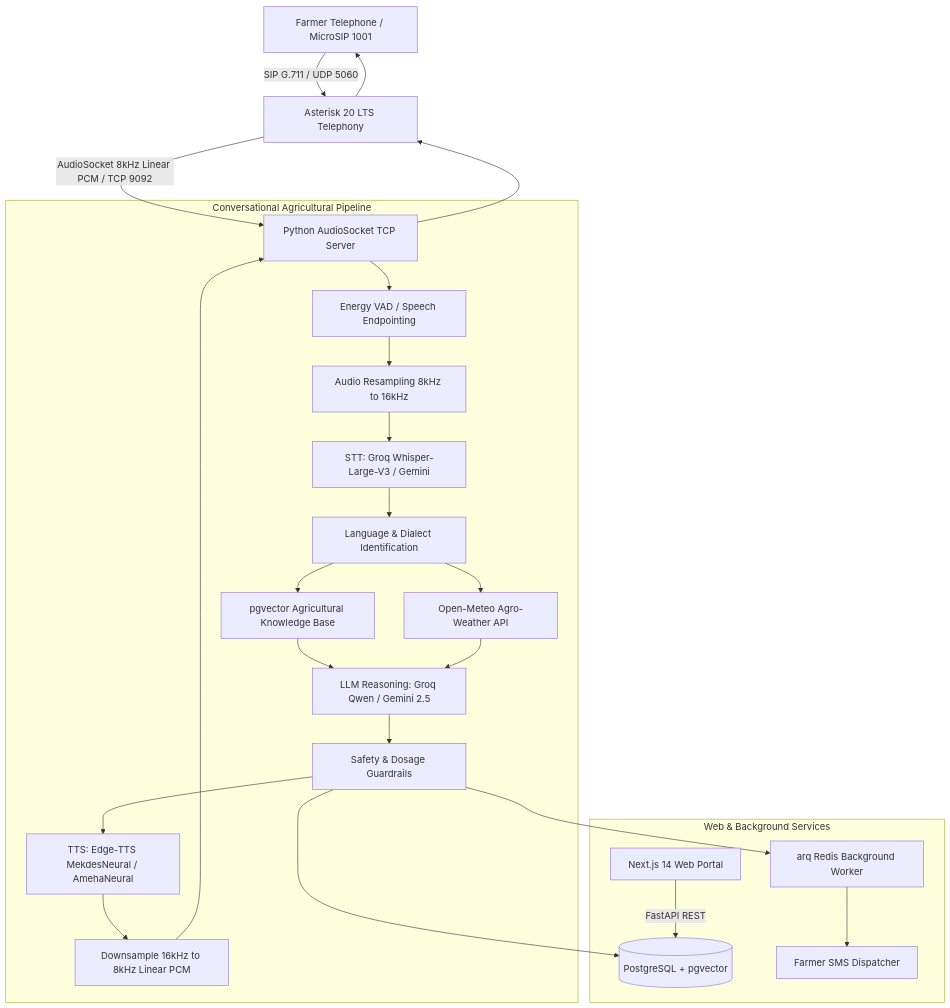
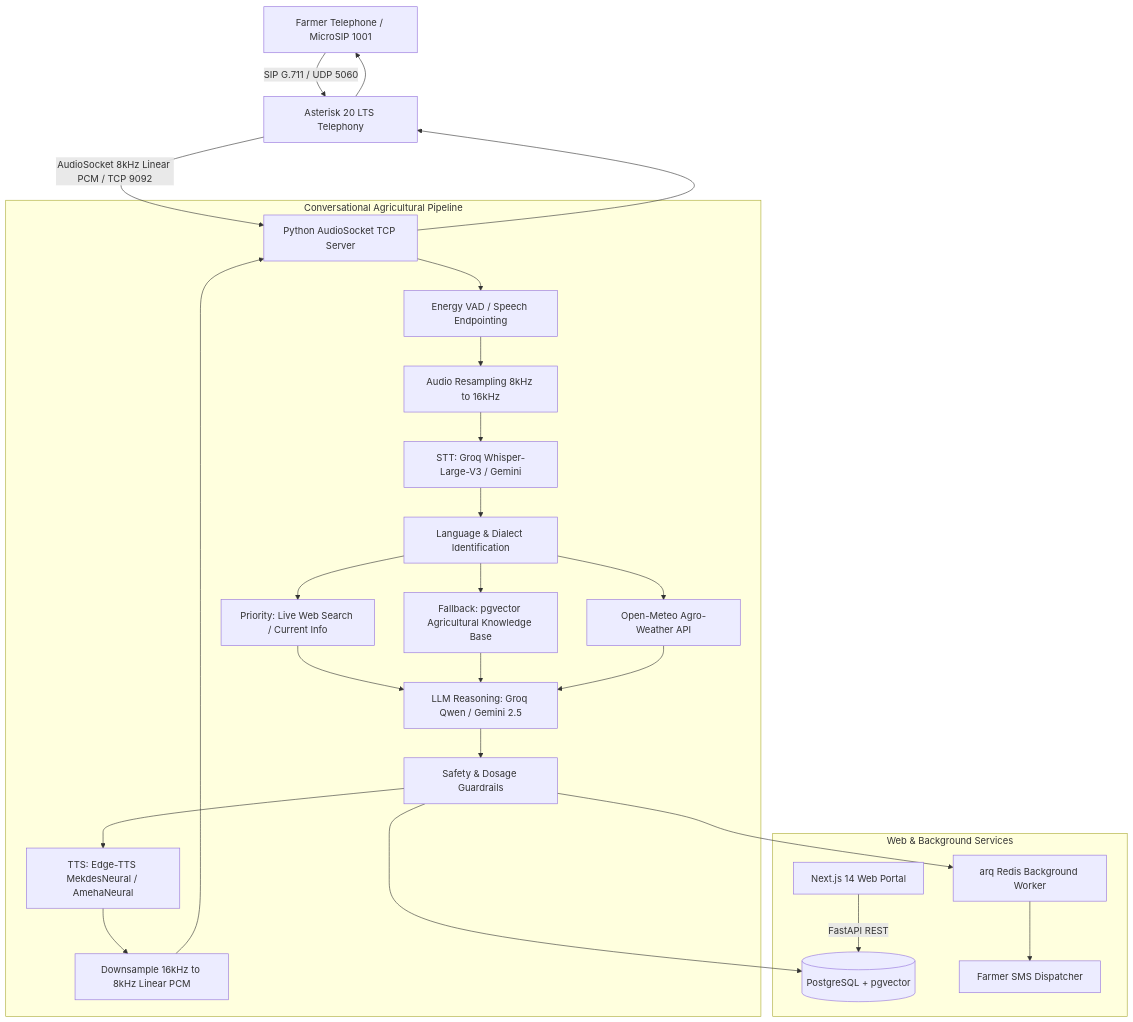
Before and after one commit to jho-G/Hello-Farmer: the diagram in README.md, drawn with Mermaid. The commit also changed other lines of this file, not shown here.

Commit message:
updated Read Me

````diff
--- a/README.md
+++ b/README.md
@@ -24,30 +26,32 @@
 ```mermaid
 flowchart TD
     Caller[Farmer Telephone / MicroSIP 1001] -->|SIP G.711 / UDP 5060| Asterisk[Asterisk 20 LTS Telephony]
     Asterisk -->|AudioSocket 8kHz Linear PCM / TCP 9092| Bridge[Python AudioSocket TCP Server]
 
     subgraph Core Pipeline [Conversational Agricultural Pipeline]
         Bridge --> VAD[Energy VAD / Speech Endpointing]
         VAD --> Resample[Audio Resampling 8kHz to 16kHz]
         Resample --> STT[STT: Groq Whisper-Large-V3 / Gemini]
         STT --> LangDet[Language & Dialect Identification]
-        LangDet --> Retrieval[pgvector Agricultural Knowledge Base]
+        LangDet --> WebSearch[Priority: Live Web Search / Current Info]
+        LangDet --> Retrieval[Fallback: pgvector Agricultural Knowledge Base]
         LangDet --> Weather[Open-Meteo Agro-Weather API]
-        Retrieval --> LLM[LLM Reasoning: Groq Qwen / Gemini 2.5]
+        WebSearch --> LLM[LLM Reasoning: Groq Qwen / Gemini 2.5]
+        Retrieval --> LLM
         Weather --> LLM
         LLM --> Guardrails[Safety & Dosage Guardrails]
         Guardrails --> TTS[TTS: Edge-TTS MekdesNeural / AmehaNeural]
         TTS --> Downsample[Downsample 16kHz to 8kHz Linear PCM]
     end
 
     Downsample --> Bridge
     Bridge --> Asterisk
     Asterisk --> Caller
 
     subgraph Web & Background Services
         Guardrails --> DB[(PostgreSQL + pgvector)]
         Guardrails --> Worker[arq Redis Background Worker]
         Worker --> SMS[Farmer SMS Dispatcher]
         Web[Next.js 14 Web Portal] -->|FastAPI REST| DB
     end
 ```
````
